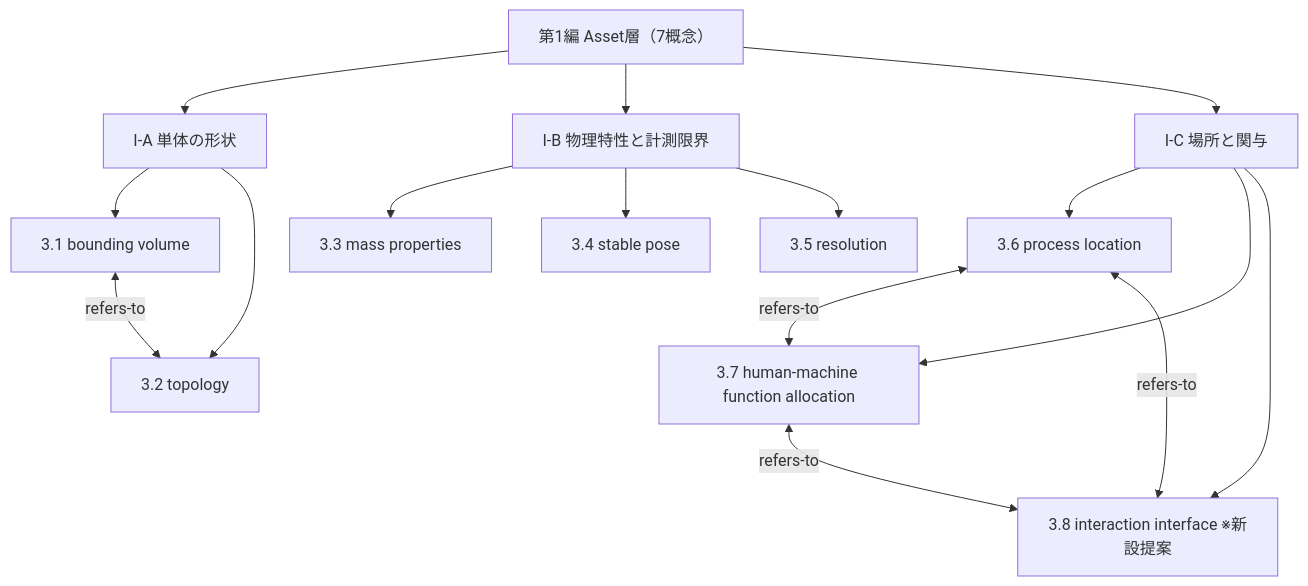
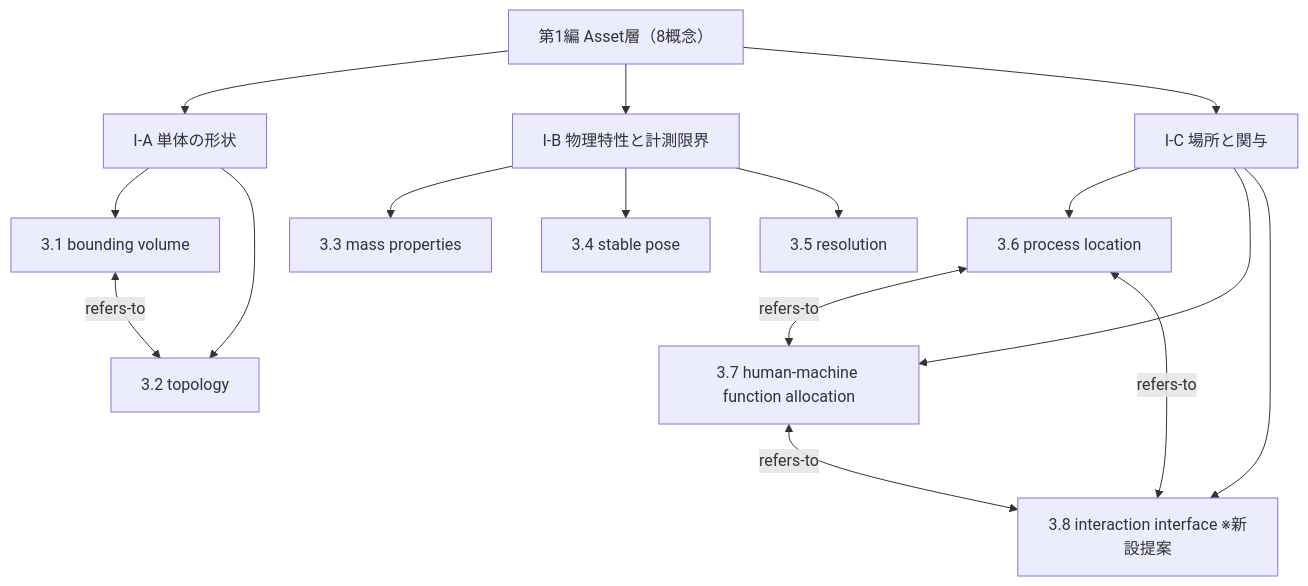
The second of 2 diagrams in pilot/part1-asset.md (yuubae215/my-dictionary), drawn with Mermaid before and after one commit. The commit also changed other lines of this file and 9 other files, not shown here.

````diff
--- a/pilot/part1-asset.md
+++ b/pilot/part1-asset.md
@@ -236,19 +236,19 @@
 ```mermaid
 flowchart TB
-    P1["第1編 Asset層（7概念）"]
+    P1["第1編 Asset層（8概念）"]
     P1 --> A["I-A 単体の形状"]
     P1 --> B["I-B 物理特性と計測限界"]
     P1 --> C["I-C 場所と関与"]
     A --> A1["3.1 bounding volume"]
     A --> A2["3.2 topology"]
     B --> B1["3.3 mass properties"]
     B --> B2["3.4 stable pose"]
     B --> B3["3.5 resolution"]
     C --> C1["3.6 process location"]
     C --> C2["3.7 human-machine function allocation"]
     C --> C3["3.8 interaction interface ※新設提案"]
     A1 <-->|refers-to| A2
     C1 <-->|refers-to| C2
     C2 <-->|refers-to| C3
     C1 <-->|refers-to| C3
 ```
````
